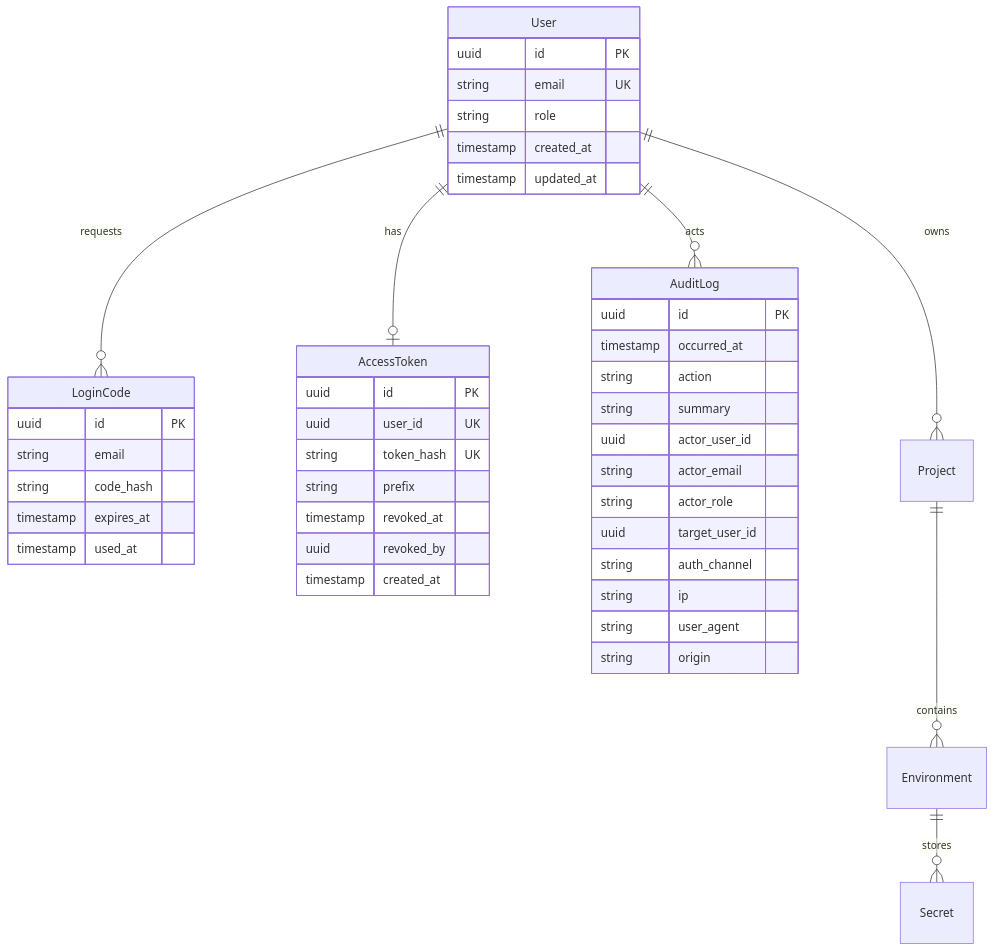
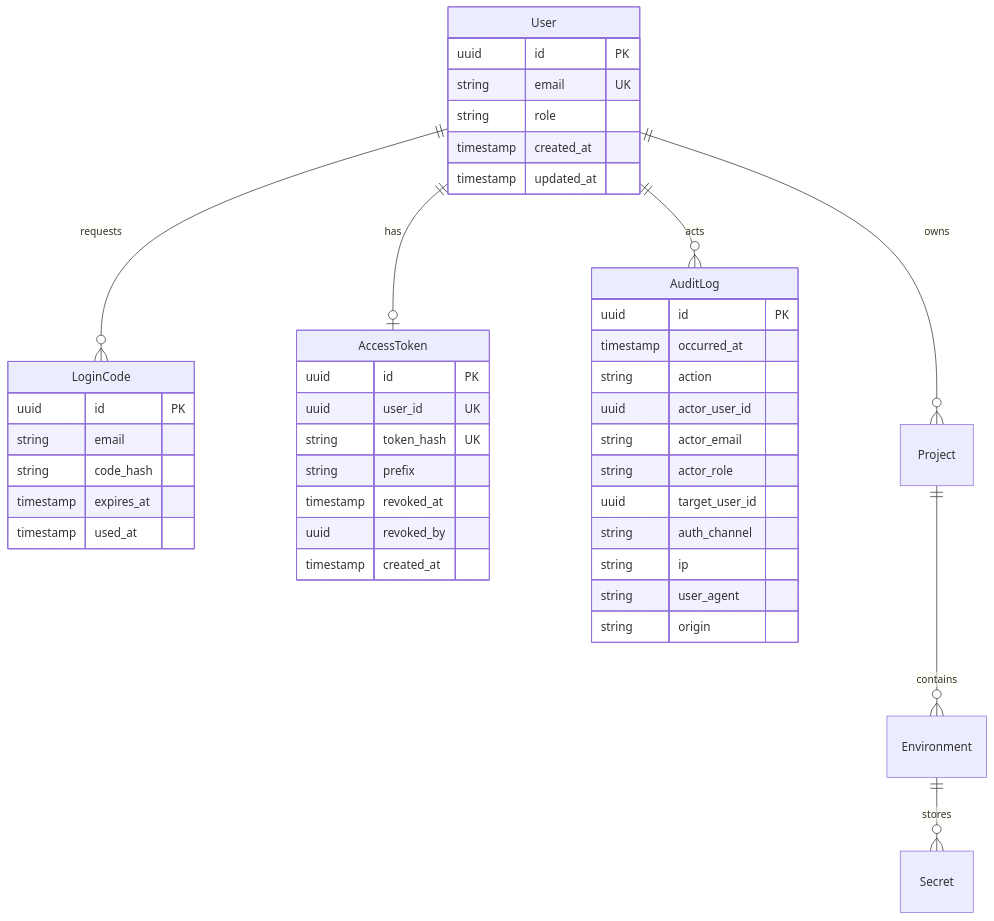
The second of 2 diagrams in docs/architecture.md (vmarinho22/envm-vault), drawn with Mermaid before and after one commit. The commit also changed other lines of this file and 13 other files, not shown here.

````diff
--- a/docs/architecture.md
+++ b/docs/architecture.md
@@ -109,50 +109,49 @@
 ```mermaid
 erDiagram
   User ||--o{ LoginCode : requests
   User ||--o| AccessToken : has
   User ||--o{ AuditLog : acts
   User ||--o{ Project : owns
   Project ||--o{ Environment : contains
   Environment ||--o{ Secret : stores
 
   User {
     uuid id PK
     string email UK
     string role
     timestamp created_at
     timestamp updated_at
   }
 
   LoginCode {
     uuid id PK
     string email
     string code_hash
     timestamp expires_at
     timestamp used_at
   }
 
   AccessToken {
     uuid id PK
     uuid user_id UK
     string token_hash UK
     string prefix
     timestamp revoked_at
     uuid revoked_by
     timestamp created_at
   }
 
   AuditLog {
     uuid id PK
     timestamp occurred_at
     string action
-    string summary
     uuid actor_user_id
     string actor_email
     string actor_role
     uuid target_user_id
     string auth_channel
     string ip
     string user_agent
     string origin
   }
 ```
````
